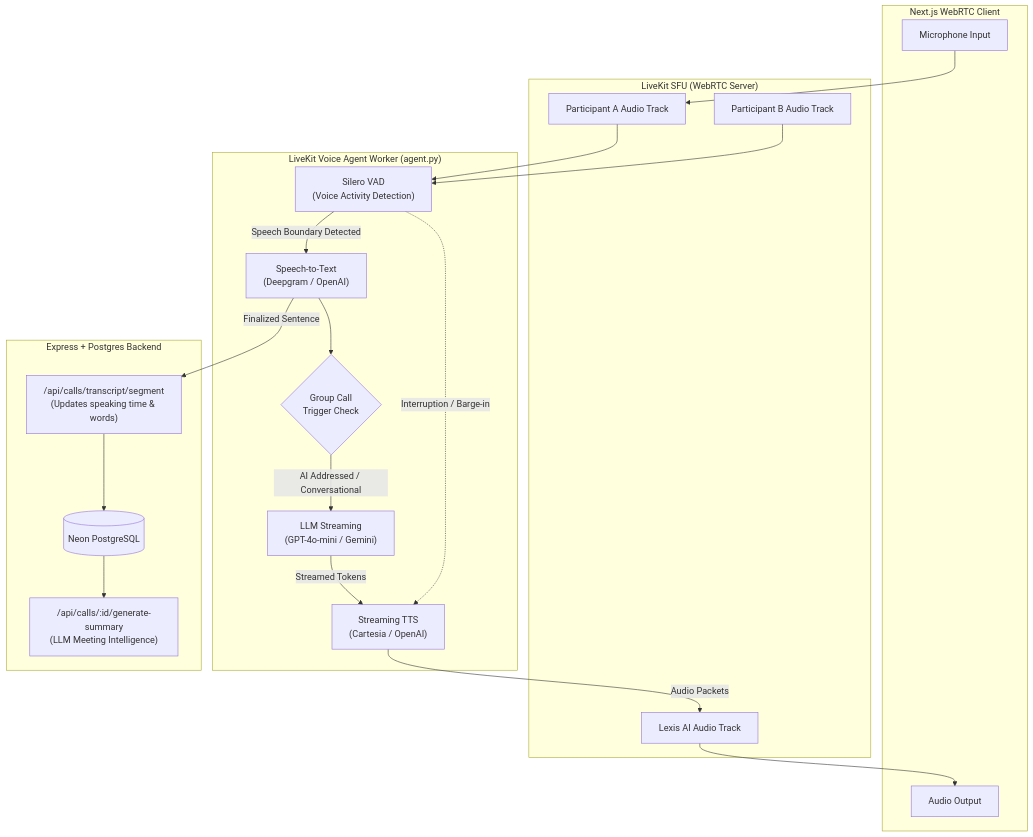
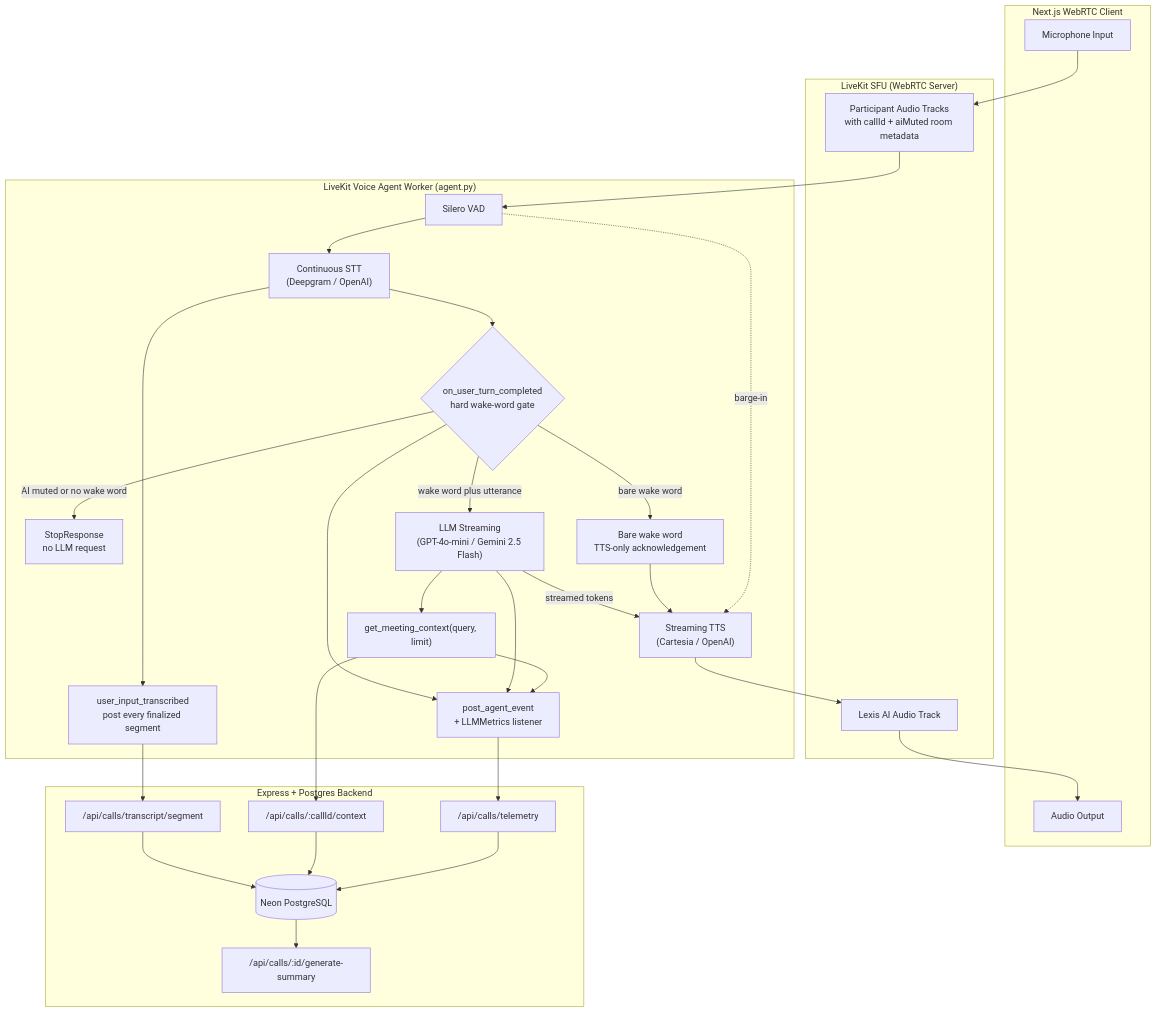
One commit to Nithin0620/Lexis changed the diagram in ARCHITECTURE.md. Above: the diagram before and after it, drawn with Mermaid. The commit also changed other lines of this file and 13 other files, not shown here.

Commit message:
feat: implement LiveKit call management and transcript persistence with metadata synchronization

````diff
--- a/ARCHITECTURE.md
+++ b/ARCHITECTURE.md
@@ -139,43 +123,60 @@
 ```mermaid
 flowchart TD
     subgraph Browser["Next.js WebRTC Client"]
         Mic["Microphone Input"]
         Speaker["Audio Output"]
     end
 
     subgraph LiveKit["LiveKit SFU (WebRTC Server)"]
-        TrackA["Participant A Audio Track"]
-        TrackB["Participant B Audio Track"]
+        Tracks["Participant Audio Tracks<br/>with callId + aiMuted room metadata"]
         AgentTrack["Lexis AI Audio Track"]
     end
 
     subgraph PythonAgent["LiveKit Voice Agent Worker (agent.py)"]
-        VAD["Silero VAD\n(Voice Activity Detection)"]
-        STT["Speech-to-Text\n(Deepgram / OpenAI)"]
-        Filter{"Group Call\nTrigger Check"}
-        LLM["LLM Streaming\n(GPT-4o-mini / Gemini)"]
-        TTS["Streaming TTS\n(Cartesia / OpenAI)"]
+        VAD["Silero VAD"]
+        STT["Continuous STT<br/>(Deepgram / OpenAI)"]
+        Persist["user_input_transcribed<br/>post every finalized segment"]
+        Gate{"on_user_turn_completed<br/>hard wake-word gate"}
+        Stop["StopResponse<br/>no LLM request"]
+        Bare["Bare wake word<br/>TTS-only acknowledgement"]
+        LLM["LLM Streaming<br/>(GPT-4o-mini / Gemini 2.5 Flash)"]
+        Tool["get_meeting_context(query, limit)"]
+        TTS["Streaming TTS<br/>(Cartesia / OpenAI)"]
+        Telemetry["post_agent_event<br/>+ LLMMetrics listener"]
     end
 
     subgraph BackendAPI["Express + Postgres Backend"]
         DB[(Neon PostgreSQL)]
-        StatsAPI["/api/calls/transcript/segment\n(Updates speaking time & words)"]
-        SummaryAPI["/api/calls/:id/generate-summary\n(LLM Meeting Intelligence)"]
+        TranscriptAPI["/api/calls/transcript/segment"]
+        ContextAPI["/api/calls/:callId/context"]
+        TelemetryAPI["/api/calls/telemetry"]
+        SummaryAPI["/api/calls/:id/generate-summary"]
     end
 
-    Mic --> TrackA
-    TrackA --> VAD
-    TrackB --> VAD
-    VAD -->|Speech Boundary Detected| STT
-    STT -->|Finalized Sentence| StatsAPI
-    StatsAPI --> DB
+    Mic --> Tracks
+    Tracks --> VAD
+    VAD --> STT
+    STT --> Persist
+    Persist --> TranscriptAPI
+    TranscriptAPI --> DB
 
-    STT --> Filter
-    Filter -->|AI Addressed / Conversational| LLM
-    LLM -->|Streamed Tokens| TTS
-    TTS -->|Audio Packets| AgentTrack
+    STT --> Gate
+    Gate -->|AI muted or no wake word| Stop
+    Gate -->|bare wake word| Bare
+    Gate -->|wake word plus utterance| LLM
+    LLM --> Tool
+    Tool --> ContextAPI
+    ContextAPI --> DB
+    LLM -->|streamed tokens| TTS
+    Bare --> TTS
+    TTS --> AgentTrack
     AgentTrack --> Speaker
 
-    VAD -.->|Interruption / Barge-in| TTS
+    VAD -.->|barge-in| TTS
+    Gate --> Telemetry
+    LLM --> Telemetry
+    Tool --> Telemetry
+    Telemetry --> TelemetryAPI
+    TelemetryAPI --> DB
     DB --> SummaryAPI
 ```
````
